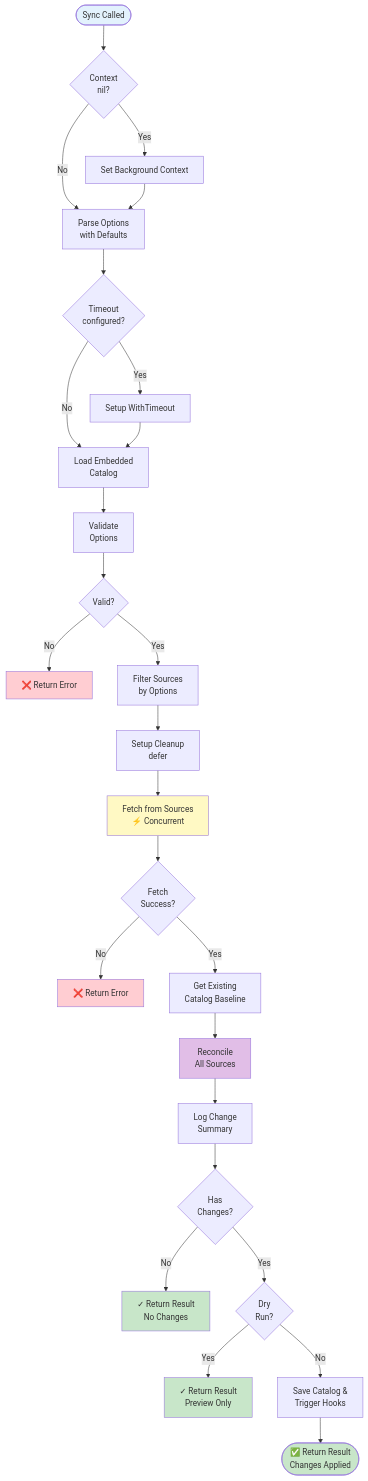
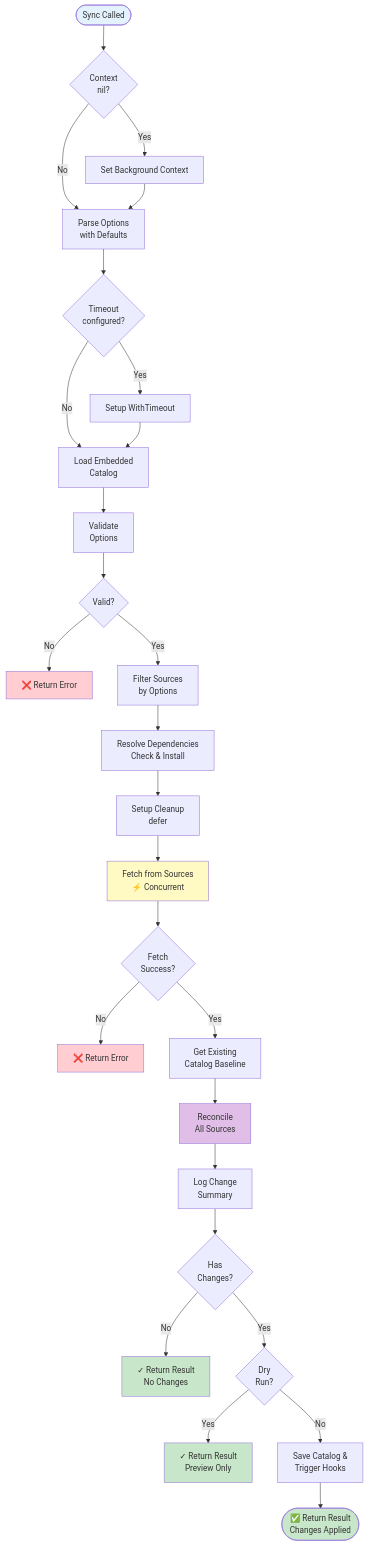
Before and after one commit to agentstation/starmap: the fifth of 8 diagrams in docs/ARCHITECTURE.md, drawn with Mermaid. The commit also changed other lines of this file and 53 other files, not shown here.

````diff
--- a/docs/ARCHITECTURE.md
+++ b/docs/ARCHITECTURE.md
@@ -531,44 +531,45 @@
 ```mermaid
 flowchart TD
     Start([Sync Called]) --> S1{Context<br/>nil?}
     S1 -->|Yes| S1B[Set Background Context]
     S1 -->|No| S2
     S1B --> S2[Parse Options<br/>with Defaults]
 
     S2 --> S3{Timeout<br/>configured?}
     S3 -->|Yes| S3B[Setup WithTimeout]
     S3 -->|No| S4
     S3B --> S4[Load Embedded<br/>Catalog]
 
     S4 --> S5[Validate<br/>Options]
     S5 --> E1{Valid?}
     E1 -->|No| Error1[❌ Return Error]
     E1 -->|Yes| S6[Filter Sources<br/>by Options]
 
-    S6 --> S7[Setup Cleanup<br/>defer]
-    S7 --> S8[Fetch from Sources<br/>⚡ Concurrent]
+    S6 --> S7[Resolve Dependencies<br/>Check & Install]
+    S7 --> S8[Setup Cleanup<br/>defer]
+    S8 --> S9[Fetch from Sources<br/>⚡ Concurrent]
 
-    S8 --> E2{Fetch<br/>Success?}
+    S9 --> E2{Fetch<br/>Success?}
     E2 -->|No| Error2[❌ Return Error]
-    E2 -->|Yes| S9[Get Existing<br/>Catalog Baseline]
+    E2 -->|Yes| S10[Get Existing<br/>Catalog Baseline]
 
-    S9 --> S10[Reconcile<br/>All Sources]
-    S10 --> S11[Log Change<br/>Summary]
+    S10 --> S11[Reconcile<br/>All Sources]
+    S11 --> S12[Log Change<br/>Summary]
 
-    S11 --> D1{Has<br/>Changes?}
+    S12 --> D1{Has<br/>Changes?}
     D1 -->|No| End1[✓ Return Result<br/>No Changes]
     D1 -->|Yes| D2{Dry<br/>Run?}
     D2 -->|Yes| End2[✓ Return Result<br/>Preview Only]
-    D2 -->|No| S12[Save Catalog &<br/>Trigger Hooks]
+    D2 -->|No| S13[Save Catalog &<br/>Trigger Hooks]
 
-    S12 --> End3([✅ Return Result<br/>Changes Applied])
+    S13 --> End3([✅ Return Result<br/>Changes Applied])
 
     style Start fill:#e3f2fd
     style Error1 fill:#ffcdd2
     style Error2 fill:#ffcdd2
-    style S8 fill:#fff9c4
-    style S10 fill:#e1bee7
+    style S9 fill:#fff9c4
+    style S11 fill:#e1bee7
     style End1 fill:#c8e6c9
     style End2 fill:#c8e6c9
     style End3 fill:#c8e6c9
 ```
````
